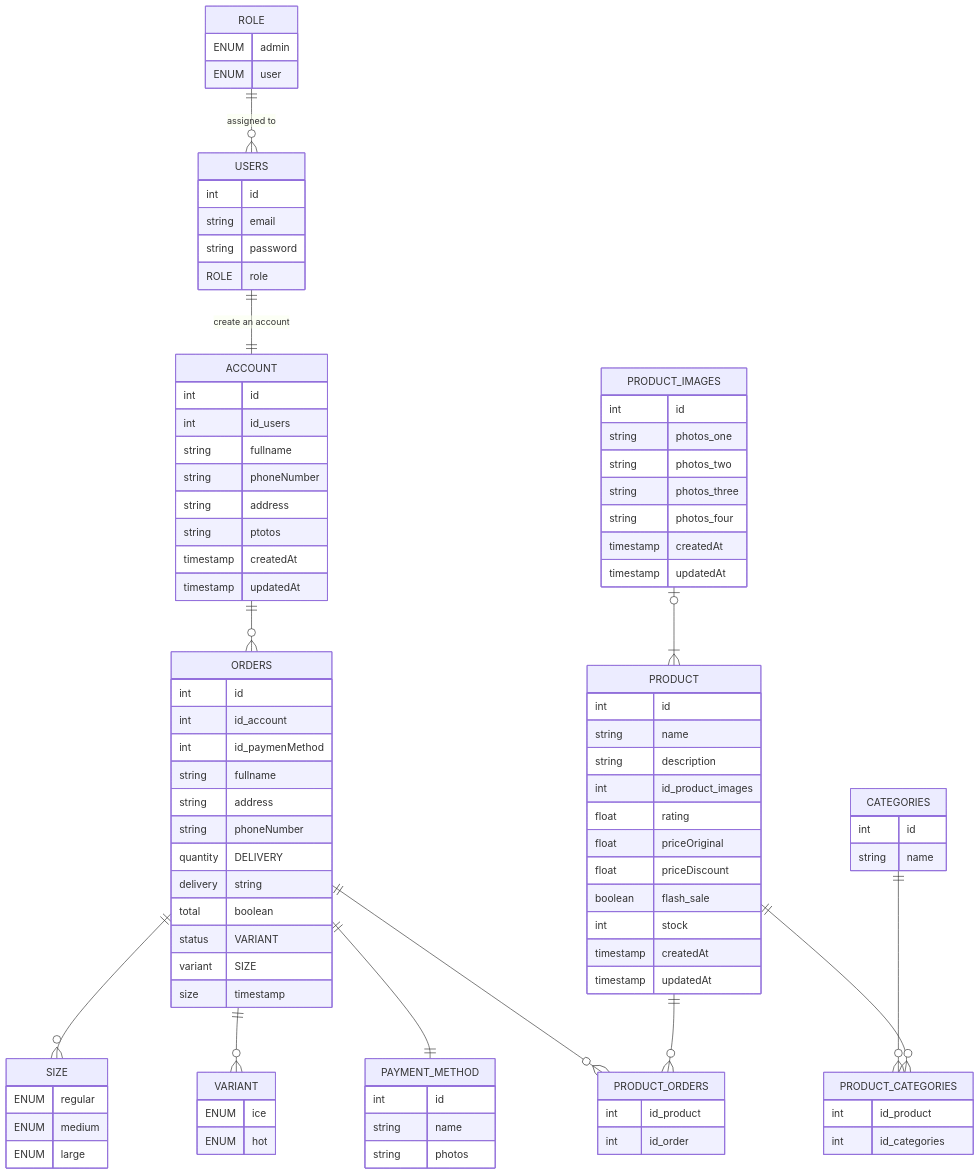
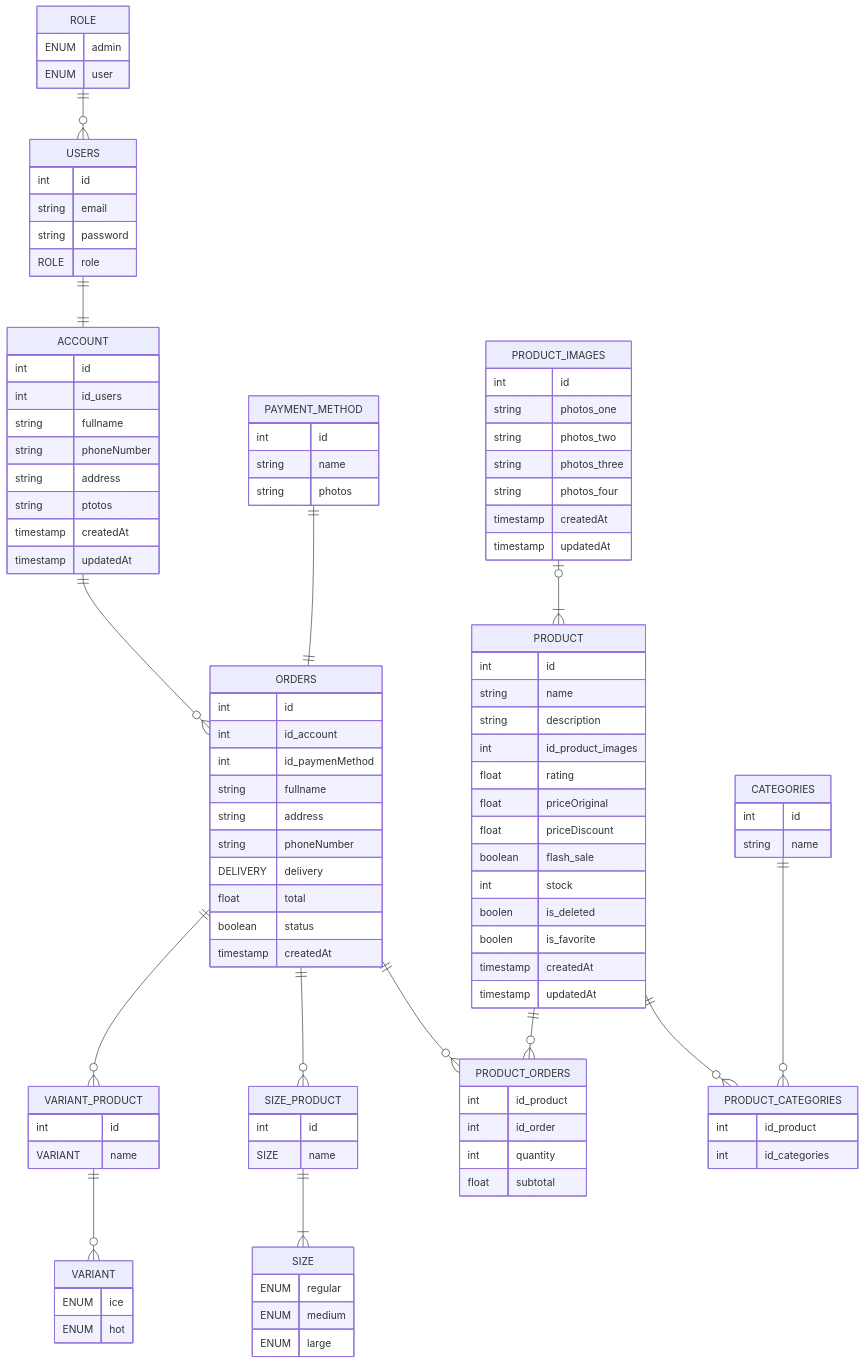
Before and after one commit to federus1105/koda-b4-backend: the diagram in README.md, drawn with Mermaid. The commit also changed other lines of this file, not shown here.

Commit message:
Topic ( readme ) : updated from table erd

````diff
--- a/README.md
+++ b/README.md
@@ -12,21 +12,25 @@
     ENUM admin
     ENUM user
     }
+
 SIZE {
     ENUM regular
     ENUM medium
     ENUM large
 }
+
 VARIANT {
     ENUM ice
     ENUM hot
 }
+
 USERS {
     int id
     string email
     string password
     ROLE role
     }
+
 ACCOUNT {
     int id
     int id_users
@@ -37,6 +41,17 @@
     timestamp createdAt
     timestamp updatedAt
 }
+
+VARIANT_PRODUCT {
+    int id
+    VARIANT name 
+}
+
+SIZE_PRODUCT {
+    int id
+    SIZE name
+}
+
 ORDERS {
     int id
     int id_account
@@ -44,19 +59,18 @@
     string fullname
     string address
     string phoneNumber
-    quantity
     DELIVERY delivery
-    string total
+    float total
     boolean status 
-    VARIANT variant
-    SIZE size
-    timestamp
+    timestamp createdAt
 }
+
 PAYMENT_METHOD {
     int id
     string name
     string photos
 }
+
 PRODUCT_IMAGES {
     int id
     string photos_one
@@ -66,6 +80,7 @@
     timestamp createdAt
     timestamp updatedAt
 }
+
 PRODUCT {
     int id
     string name
@@ -76,30 +91,37 @@
     float priceDiscount
     boolean flash_sale
     int stock
+    boolen is_deleted
+    boolen is_favorite
     timestamp createdAt
     timestamp updatedAt
 }
+
 CATEGORIES {
     int id
     string name
 }
+
 PRODUCT_CATEGORIES {
     int id_product
     int id_categories
 }
+
 PRODUCT_ORDERS {
    int id_product
    int id_order
+   int quantity
+   float subtotal
 }
-    ROLE ||--o{ USERS : "assigned to"
-    USERS ||--|| ACCOUNT : "create an account"
+
+
+    ROLE ||--o{ USERS : ""
+    USERS ||--|| ACCOUNT : ""
     CATEGORIES||--o{ PRODUCT_CATEGORIES : ""
 
-    ORDERS ||--o{SIZE: ""
-    ORDERS ||--o{VARIANT : ""
     PRODUCT ||--o{PRODUCT_CATEGORIES :""
     
-    ORDERS ||--||PAYMENT_METHOD:""
+    PAYMENT_METHOD  ||--||ORDERS:""
     ACCOUNT ||--o{ORDERS :""
 
     ORDERS ||--o{PRODUCT_ORDERS: ""
@@ -107,4 +129,10 @@
 
     PRODUCT_IMAGES |o--|{PRODUCT: ""
 
+    ORDERS ||--o{SIZE_PRODUCT: ""
+    ORDERS ||--o{VARIANT_PRODUCT: ""
+
+    SIZE_PRODUCT ||--|{ SIZE:""
+    VARIANT_PRODUCT ||--o{VARIANT:""
+
 ```
````
